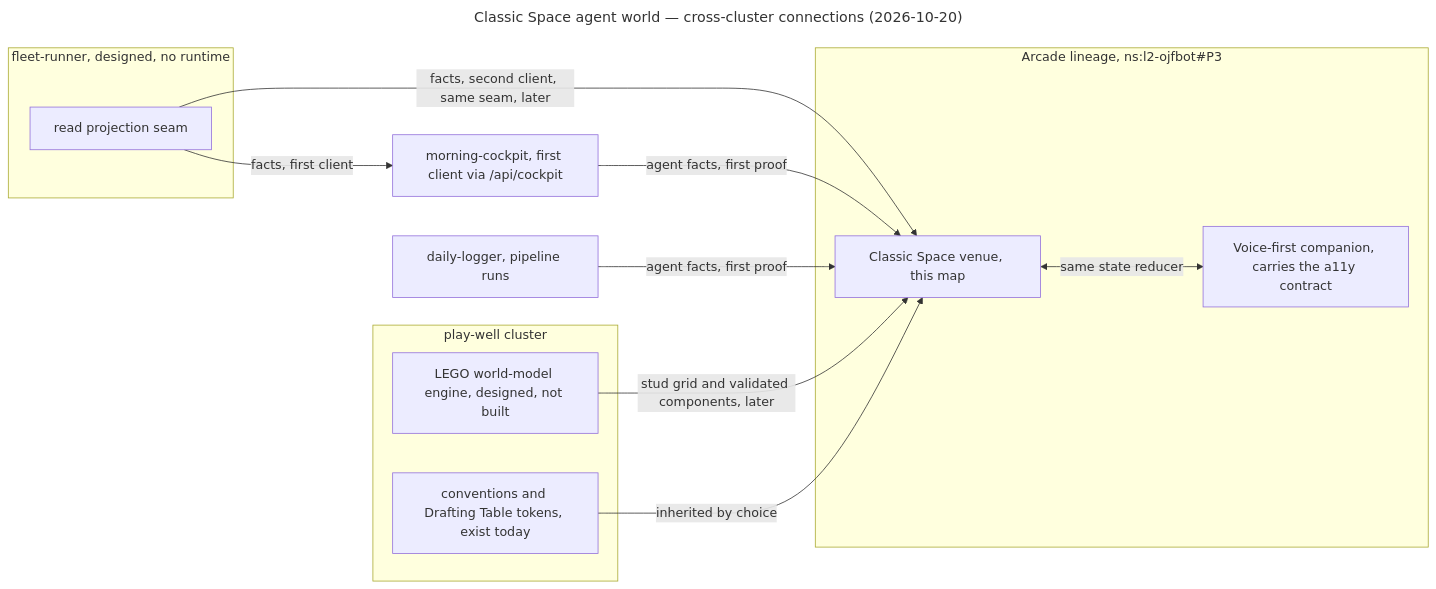
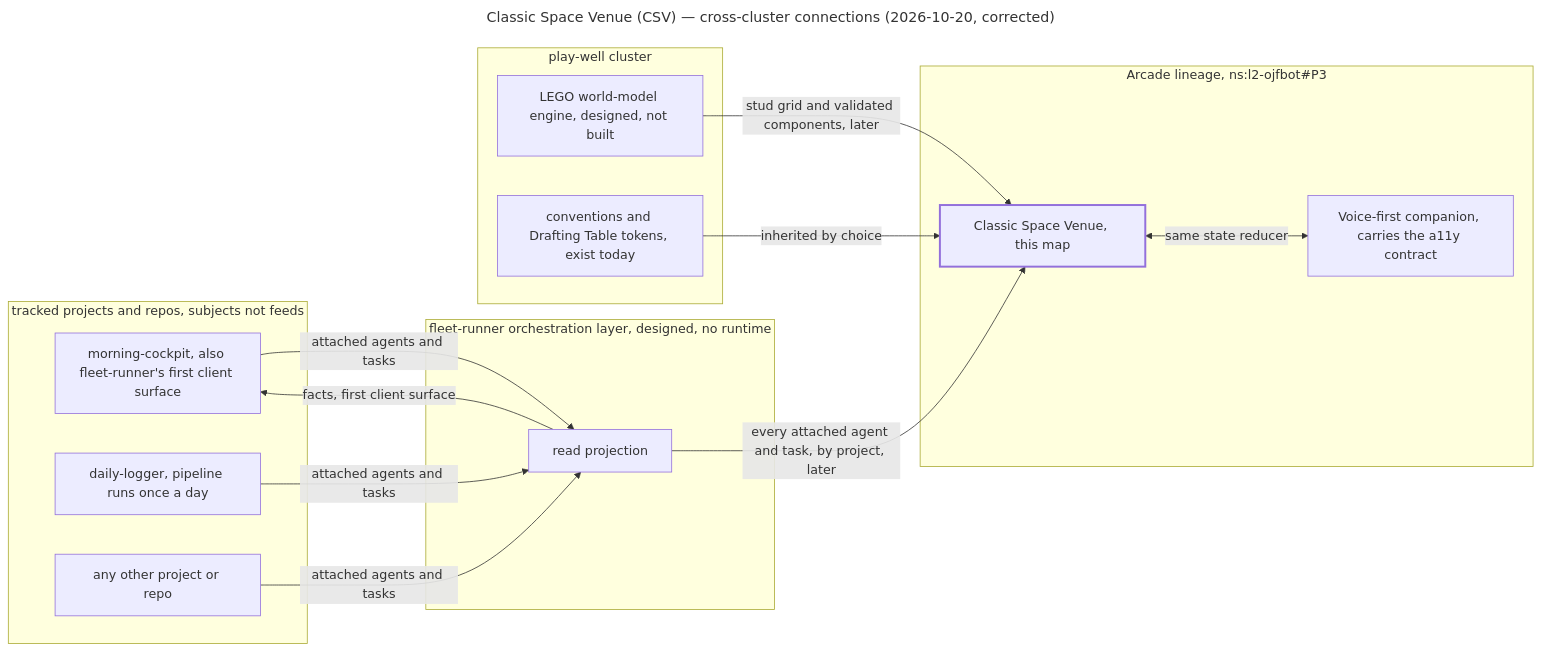
The diagram in decisions/wayfinder/classic-space-agent-world.md (ojfbot/core), drawn with Mermaid before and after one commit. The commit also changed other lines of this file, not shown here.

First line of the commit message:
wayfinder(541): fourth-round rulings — CSV reads fleet-runner only; project named Classic Space Venue

````diff
--- a/decisions/wayfinder/classic-space-agent-world.md
+++ b/decisions/wayfinder/classic-space-agent-world.md
@@ -186,28 +202,33 @@
 ```mermaid
 ---
-title: Classic Space agent world — cross-cluster connections (2026-10-20)
+title: Classic Space Venue (CSV) — cross-cluster connections (2026-10-20, corrected)
 ---
 flowchart LR
-  accTitle: Classic Space agent world cross-cluster connections
-  accDescr: The venue reads fleet-runner state through the read seam morning-cockpit already uses, reads cockpit and daily-logger agent facts directly for the first proof, inherits conventions and later the world-model engine from the play-well cluster, and ladders to the Arcade property of the ojfbot northstar. fleet-runner and the play-well world model are designed, not built.
+  accTitle: Classic Space Venue cross-cluster connections
+  accDescr: The Classic Space Venue reads only fleet-runner's orchestration layer, which reports the agents and tasks attached to tracked projects such as morning-cockpit and daily-logger. No project feeds the venue directly. morning-cockpit is also fleet-runner's first client surface, a sibling consumer. The play-well cluster supplies conventions now and the LEGO world-model engine later. fleet-runner and the play-well world model are designed, not built.
+  subgraph projects["tracked projects and repos, subjects not feeds"]
+    cockpit["morning-cockpit, also fleet-runner's first client surface"]
+    logger["daily-logger, pipeline runs once a day"]
+    other["any other project or repo"]
+  end
+  subgraph fr["fleet-runner orchestration layer, designed, no runtime"]
+    seam["read projection"]
+  end
   subgraph arcade["Arcade lineage, ns:l2-ojfbot#P3"]
-    venue["Classic Space venue, this map"]
+    venue["Classic Space Venue, this map"]:::subject
     companion["Voice-first companion, carries the a11y contract"]
   end
-  subgraph fr["fleet-runner, designed, no runtime"]
-    seam["read projection seam"]
-  end
-  cockpit["morning-cockpit, first client via /api/cockpit"]
-  logger["daily-logger, pipeline runs"]
   subgraph pw["play-well cluster"]
     engine["LEGO world-model engine, designed, not built"]
     conv["conventions and Drafting Table tokens, exist today"]
   end
-  seam -->|"facts, first client"| cockpit
-  seam -->|"facts, second client, same seam, later"| venue
-  cockpit -->|"agent facts, first proof"| venue
-  logger -->|"agent facts, first proof"| venue
+  cockpit -->|"attached agents and tasks"| seam
+  logger -->|"attached agents and tasks"| seam
+  other -->|"attached agents and tasks"| seam
+  seam -->|"facts, first client surface"| cockpit
+  seam -->|"every attached agent and task, by project, later"| venue
   engine -->|"stud grid and validated components, later"| venue
   conv -->|"inherited by choice"| venue
   venue <-->|"same state reducer"| companion
+  classDef subject stroke-width:2.5px
 ```
````
